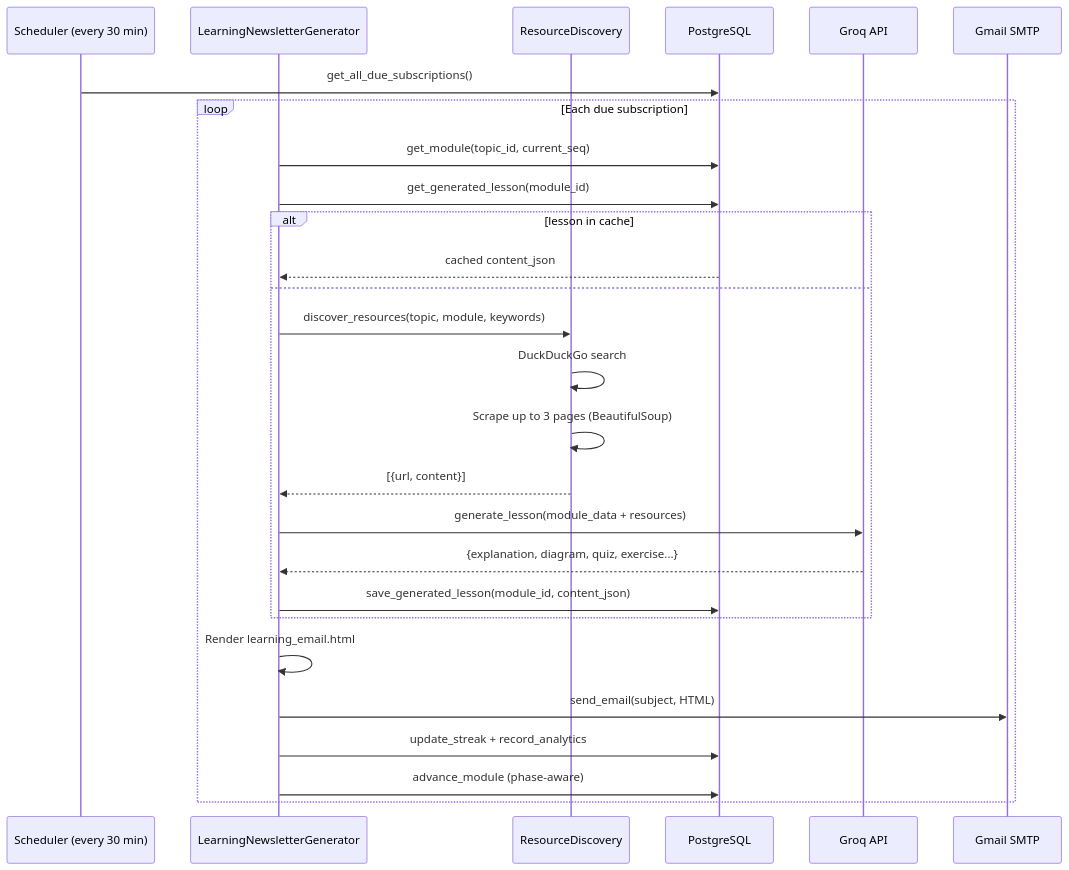
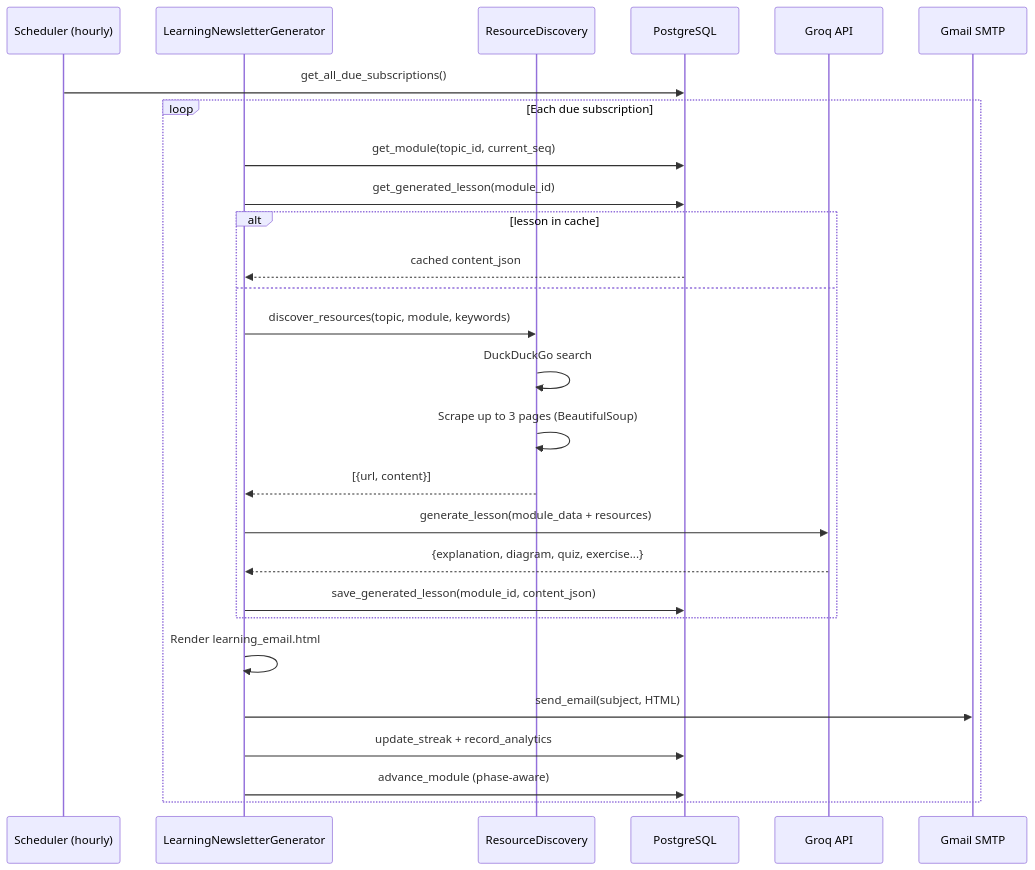
The sixth of 6 diagrams in docs/architecture/architecture_overview.md (kiro39498-tech/MS-Learn-Digest), drawn with Mermaid before and after one commit. The commit also changed other lines of this file and 48 other files, not shown here.

````diff
--- a/docs/architecture/architecture_overview.md
+++ b/docs/architecture/architecture_overview.md
@@ -239,30 +239,30 @@
 ```mermaid
 sequenceDiagram
-    participant SCH as Scheduler (every 30 min)
+    participant SCH as Scheduler (hourly)
     participant LNG as LearningNewsletterGenerator
     participant RD as ResourceDiscovery
     participant PG as PostgreSQL
     participant GR as Groq API
     participant SMTP as Gmail SMTP
 
     SCH->>PG: get_all_due_subscriptions()
     loop Each due subscription
         LNG->>PG: get_module(topic_id, current_seq)
         LNG->>PG: get_generated_lesson(module_id)
         alt lesson in cache
             PG-->>LNG: cached content_json
         else
             LNG->>RD: discover_resources(topic, module, keywords)
             RD->>RD: DuckDuckGo search
             RD->>RD: Scrape up to 3 pages (BeautifulSoup)
             RD-->>LNG: [{url, content}]
             LNG->>GR: generate_lesson(module_data + resources)
             GR-->>LNG: {explanation, diagram, quiz, exercise...}
             LNG->>PG: save_generated_lesson(module_id, content_json)
         end
         LNG->>LNG: Render learning_email.html
         LNG->>SMTP: send_email(subject, HTML)
         LNG->>PG: update_streak + record_analytics
         LNG->>PG: advance_module (phase-aware)
     end
 ```
````
